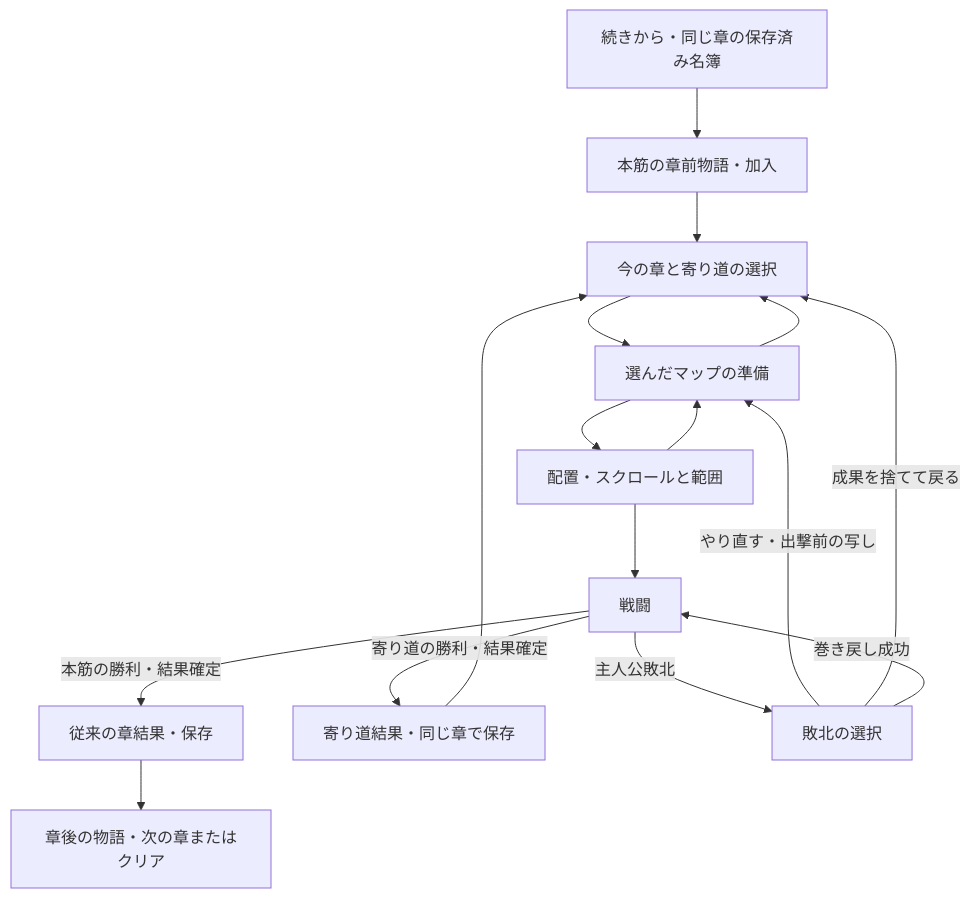
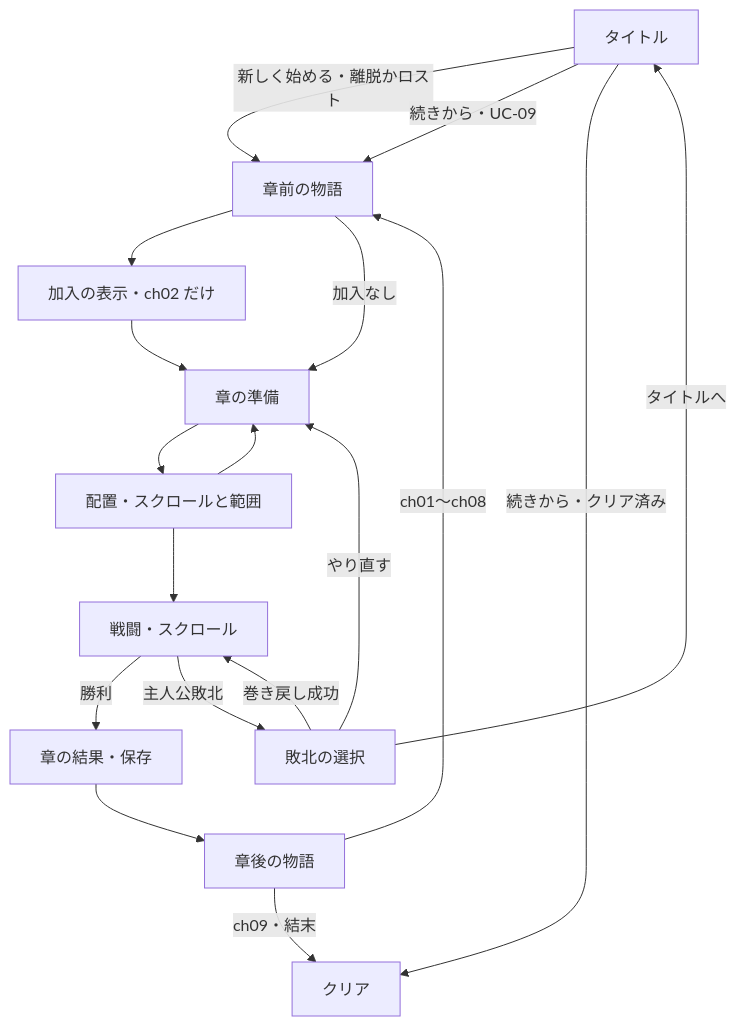
One commit to sakana396/renkin_tactics changed the second of 2 diagrams in docs/03_design/design-it05.md. Above: the diagram before and after it, drawn with Mermaid. The commit also changed other lines of this file and 3 other files, not shown here.

````diff
--- a/docs/03_design/design-it05.md
+++ b/docs/03_design/design-it05.md
@@ -206,18 +180,20 @@
 ```mermaid
 flowchart TD
-  Story[本筋の章前物語・加入] --> Select[今の章と寄り道の選択]
-  Select --> Prepare[選んだマップの準備]
+  Title[タイトル] -->|新しく始める・離脱かロスト| Story
+  Title -->|続きから・UC-09| Story
+  Title -->|続きから・クリア済み| Clear
+  Story[章前の物語] --> Joined[加入の表示・ch02 だけ]
+  Joined --> Prepare[章の準備]
+  Story -->|加入なし| Prepare
   Prepare --> Deploy[配置・スクロールと範囲]
-  Deploy --> Fight[戦闘]
   Deploy --> Prepare
-  Prepare --> Select
-  Fight -->|本筋の勝利・結果確定| MainResult[従来の章結果・保存]
-  MainResult --> After[章後の物語・次の章またはクリア]
-  Fight -->|寄り道の勝利・結果確定| SideResult[寄り道結果・同じ章で保存]
-  SideResult --> Select
+  Deploy --> Fight[戦闘・スクロール]
+  Fight -->|勝利| Result[章の結果・保存]
+  Result --> After[章後の物語]
+  After -->|ch01〜ch08| Story
+  After -->|ch09・結末| Clear[クリア]
   Fight -->|主人公敗北| Defeat[敗北の選択]
-  Defeat -->|やり直す・出撃前の写し| Prepare
-  Defeat -->|成果を捨てて戻る| Select
+  Defeat -->|やり直す| Prepare
   Defeat -->|巻き戻し成功| Fight
-  Load[続きから・同じ章の保存済み名簿] --> Story
+  Defeat -->|タイトルへ| Title
 ```
````
